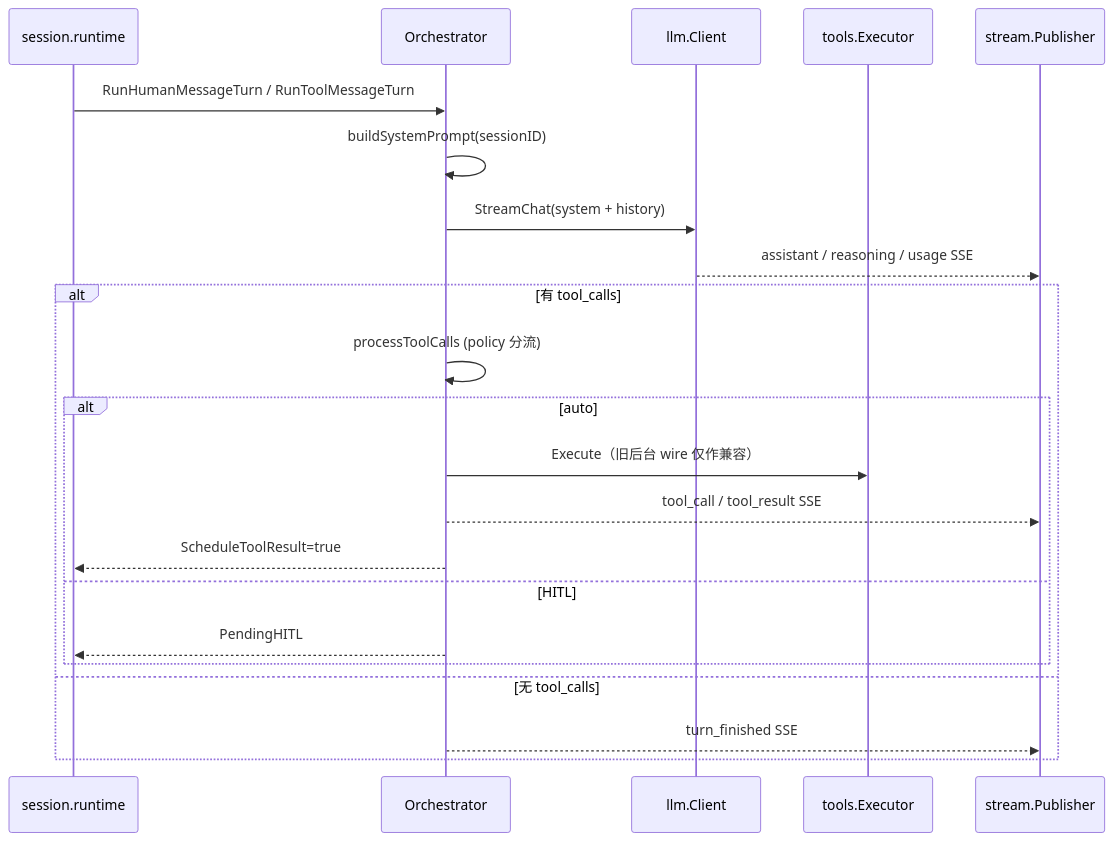
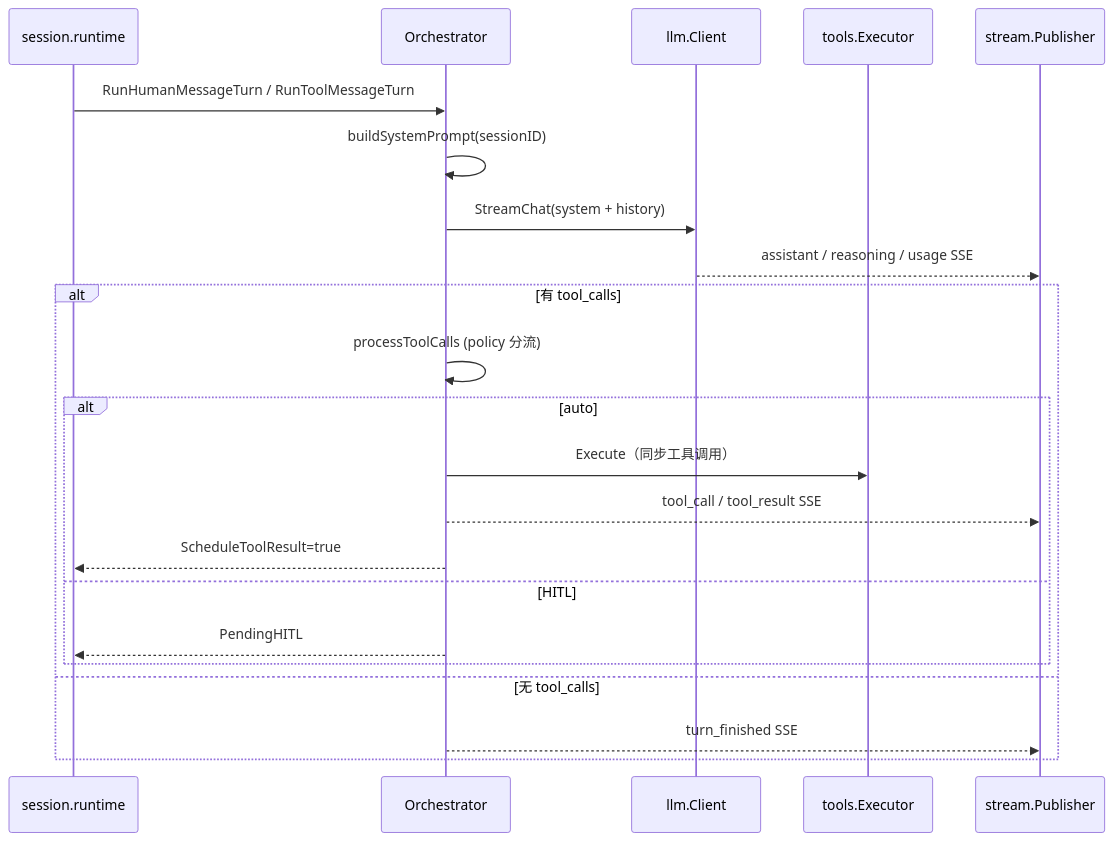
Before and after one commit to DGS-ai-team/DAgents: the diagram in node/internal/turn/README.md, drawn with Mermaid. The commit also changed other lines of this file and 71 other files, not shown here.

````diff
--- a/node/internal/turn/README.md
+++ b/node/internal/turn/README.md
@@ -22,25 +23,25 @@
 ```mermaid
 sequenceDiagram
     participant RT as session.runtime
     participant O as Orchestrator
     participant LLM as llm.Client
     participant T as tools.Executor
     participant H as stream.Publisher
 
     RT->>O: RunHumanMessageTurn / RunToolMessageTurn
     O->>O: buildSystemPrompt(sessionID)
     O->>LLM: StreamChat(system + history)
     LLM-->>H: assistant / reasoning / usage SSE
     alt 有 tool_calls
         O->>O: processToolCalls (policy 分流)
         alt auto
-            O->>T: Execute（旧后台 wire 仅作兼容）
+            O->>T: Execute（同步工具调用）
             O-->>H: tool_call / tool_result SSE
             O-->>RT: ScheduleToolResult=true
         else HITL
             O-->>RT: PendingHITL
         end
     else 无 tool_calls
         O-->>H: turn_finished SSE
     end
 ```
````
